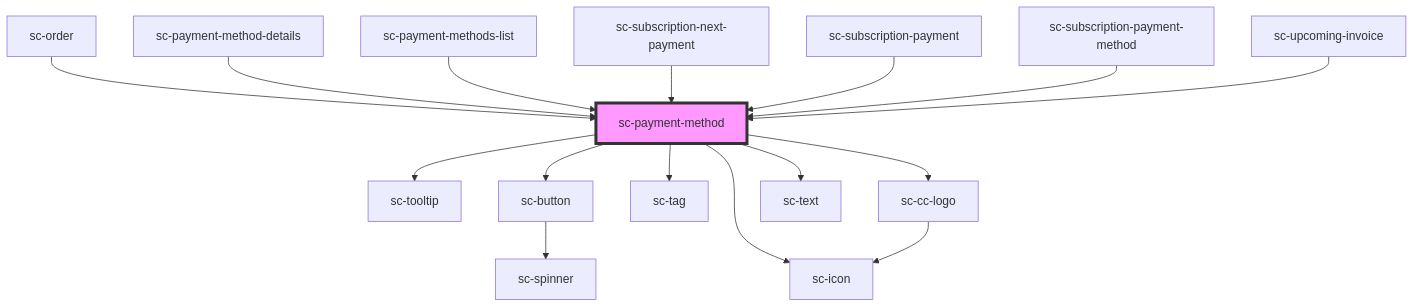
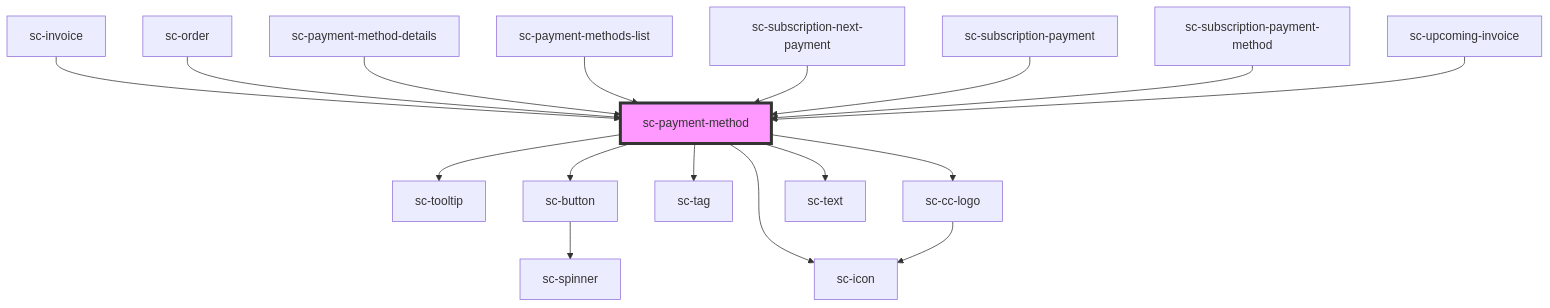
The diagram in packages/components/src/components/ui/sc-payment-method/readme.md (surecart/surecart-wp-plugin), drawn with Mermaid before and after one commit. The commit also changed other lines of this file and 46 other files, not shown here.

````diff
--- a/packages/components/src/components/ui/sc-payment-method/readme.md
+++ b/packages/components/src/components/ui/sc-payment-method/readme.md
@@ -50,19 +51,20 @@
 ```mermaid
 graph TD;
   sc-payment-method --> sc-tooltip
   sc-payment-method --> sc-button
   sc-payment-method --> sc-icon
   sc-payment-method --> sc-tag
   sc-payment-method --> sc-cc-logo
   sc-payment-method --> sc-text
   sc-button --> sc-spinner
   sc-cc-logo --> sc-icon
+  sc-invoice --> sc-payment-method
   sc-order --> sc-payment-method
   sc-payment-method-details --> sc-payment-method
   sc-payment-methods-list --> sc-payment-method
   sc-subscription-next-payment --> sc-payment-method
   sc-subscription-payment --> sc-payment-method
   sc-subscription-payment-method --> sc-payment-method
   sc-upcoming-invoice --> sc-payment-method
   style sc-payment-method fill:#f9f,stroke:#333,stroke-width:4px
 ```
````
